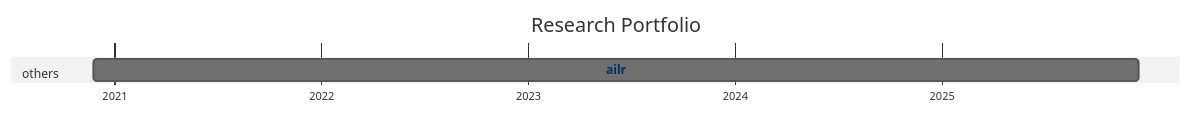
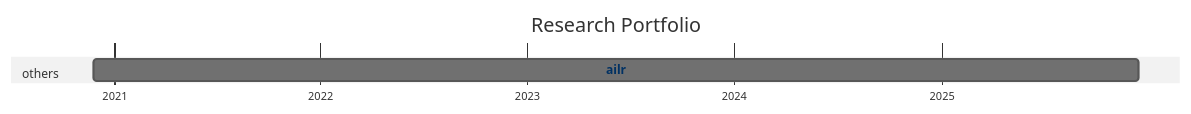
Before and after one commit to digital-work-lab/handbook: the diagram in docs/20-research/25-projects-gantt.md, drawn with Mermaid (neutral theme).

Commit message:
Update repository overview

````diff
--- a/docs/20-research/25-projects-gantt.md
+++ b/docs/20-research/25-projects-gantt.md
@@ -8,21 +8,21 @@
 ```mermaid
 ---
 displayMode: compact
 ---
 gantt
 title Research Portfolio
 dateFormat YYYY-MM-DD
 axisFormat %Y
 
     section work_practices
 
     section distributed_organizing
 
     section knowledge_synthesis
 
     section others
-        ailr :ailr, 2020-11-26, 2025-12-14
+        ailr :ailr, 2020-11-26, 2025-12-15
 
 
     click ailr href "{{ site.baseurl }}/docs/10-lab/18-resources/ailr.html"
 ```
````
